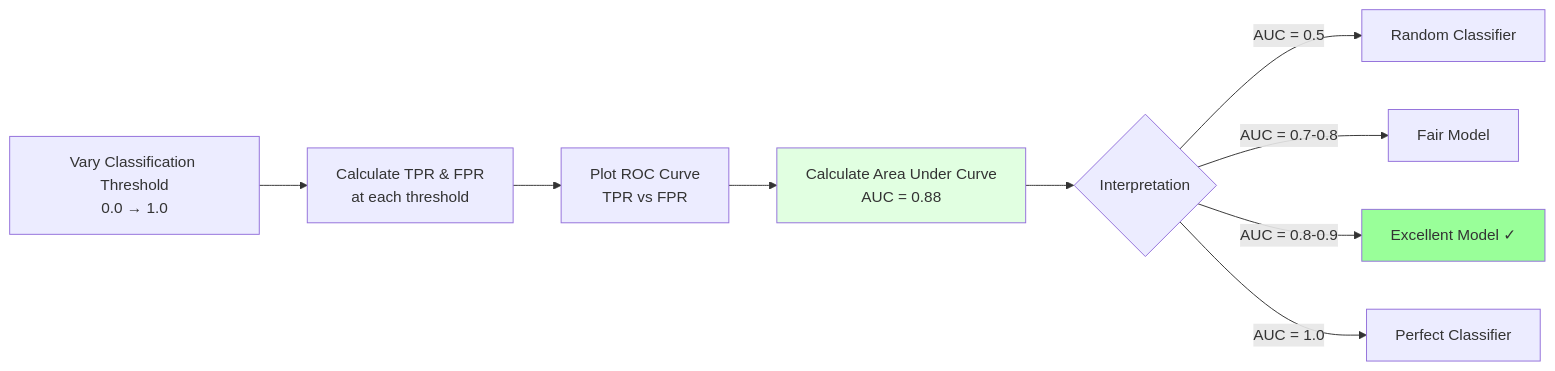
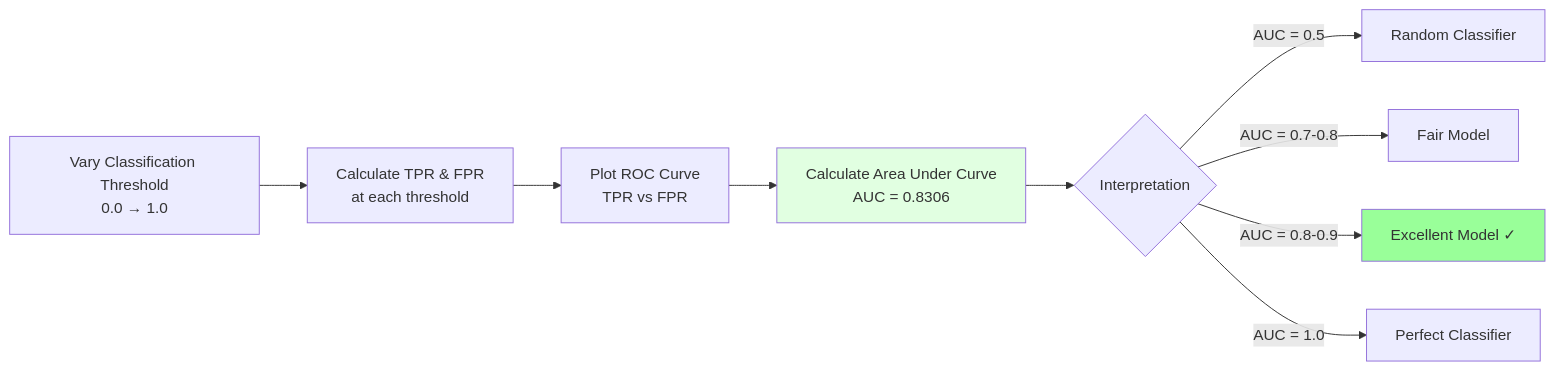
One commit to SAMI-CODEAI/Diabeties changed diagram 12 of 14 in PROJECT_METHODOLOGY.md. Above: the diagram before and after it, drawn with Mermaid. The commit also changed other lines of this file and 20 other files, not shown here.

````diff
--- a/PROJECT_METHODOLOGY.md
+++ b/PROJECT_METHODOLOGY.md
@@ -1110,15 +1110,15 @@
 ```mermaid
 graph LR
     A[Vary Classification Threshold<br/>0.0 → 1.0] --> B[Calculate TPR & FPR<br/>at each threshold]
     B --> C[Plot ROC Curve<br/>TPR vs FPR]
-    C --> D[Calculate Area Under Curve<br/>AUC = 0.88]
+    C --> D[Calculate Area Under Curve<br/>AUC = 0.8306]
     
     D --> E{Interpretation}
     E -->|AUC = 0.5| F[Random Classifier]
     E -->|AUC = 0.7-0.8| G[Fair Model]
     E -->|AUC = 0.8-0.9| H[Excellent Model ✓]
     E -->|AUC = 1.0| I[Perfect Classifier]
     
     style D fill:#e1ffe1
     style H fill:#99ff99
 ```
````
